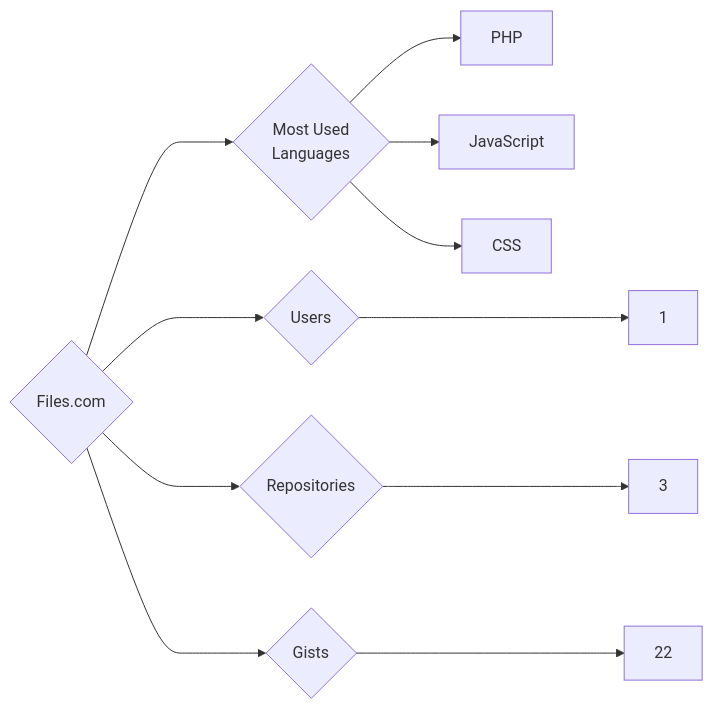
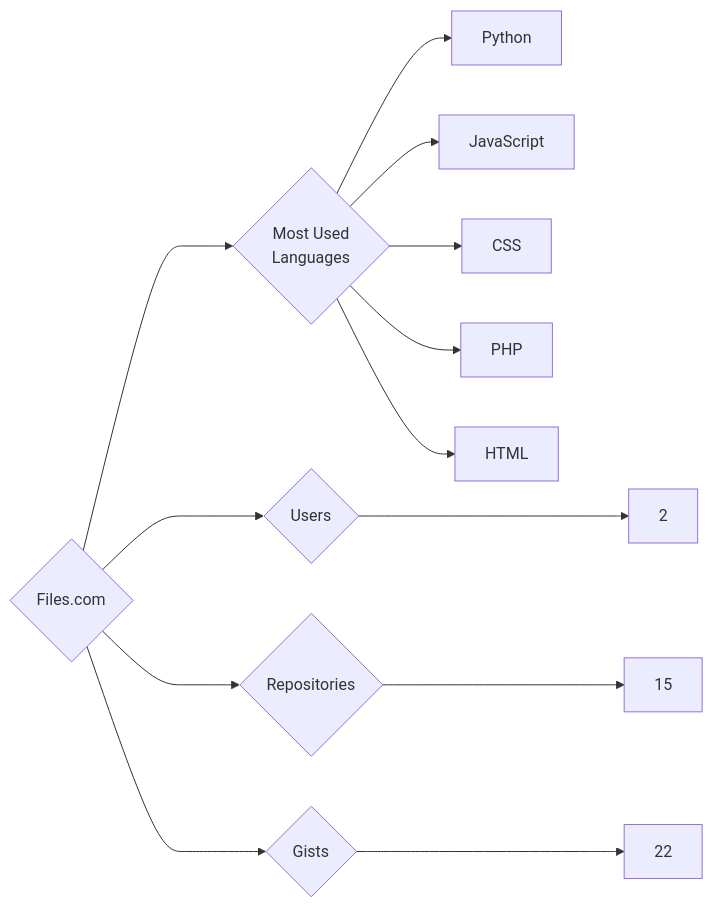
Before and after one commit to trickest/insiders: the diagram in targets/Files.com/README.md, drawn with Mermaid. The commit also changed 951 other files, not shown here.

````diff
--- a/targets/Files.com/README.md
+++ b/targets/Files.com/README.md
@@ -3,11 +3,13 @@
 ```mermaid
 graph LR
 COMPANY_NAME{Files.com}
-COMPANY_NAME ---> U{Users} ---> UN[1]
-COMPANY_NAME ---> R{Repositories} ---> RN[3]
+COMPANY_NAME ---> U{Users} ---> UN[2]
+COMPANY_NAME ---> R{Repositories} ---> RN[15]
 COMPANY_NAME ---> G{Gists} ---> GN[22]
 COMPANY_NAME ---> ML{Most Used<br>Languages}
-ML --> PHP[PHP]
+ML --> Python[Python]
 ML --> JavaScript[JavaScript]
 ML --> CSS[CSS]
+ML --> PHP[PHP]
+ML --> HTML[HTML]
 ```
````
